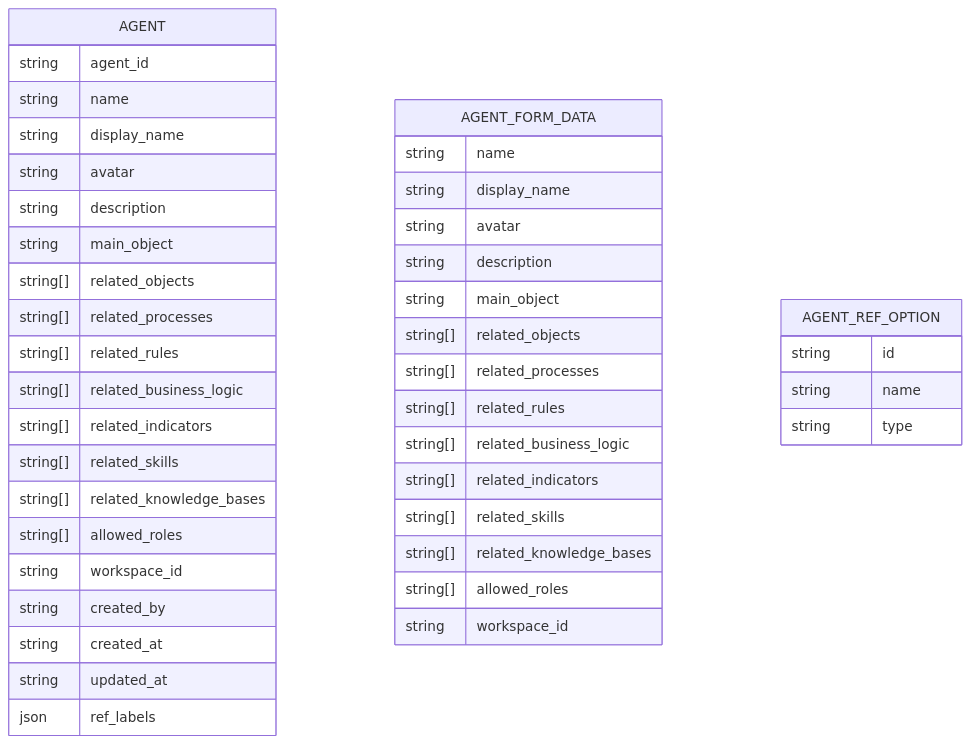
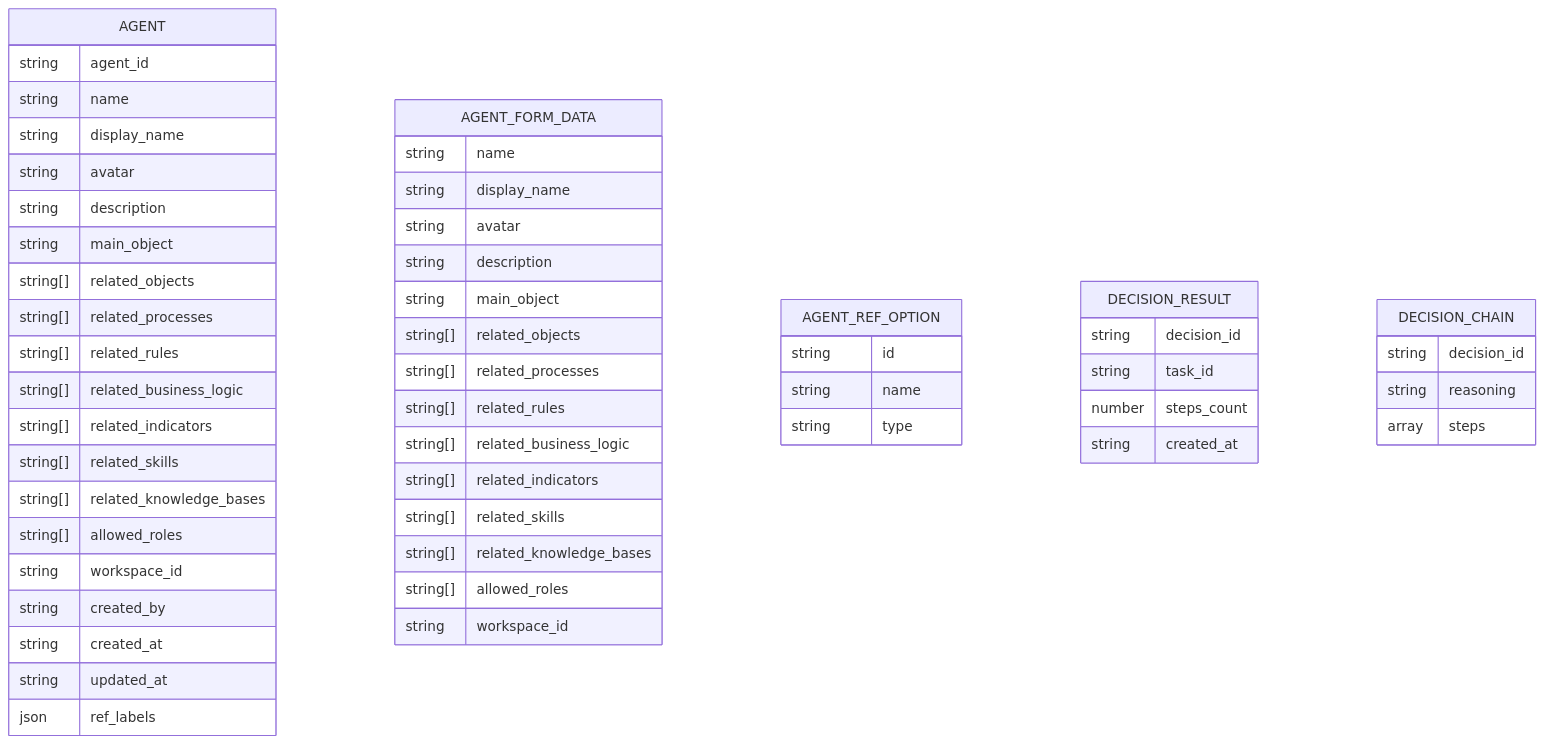
The eighth of 9 diagrams in .qoder/repowiki/zh/content/前端架构/业务模块前端实现/Agent模块.md (inier/ontology-graphiti), drawn with Mermaid before and after one commit. The commit also changed other lines of this file and 64 other files, not shown here.

````diff
--- a/.qoder/repowiki/zh/content/前端架构/业务模块前端实现/Agent模块.md
+++ b/.qoder/repowiki/zh/content/前端架构/业务模块前端实现/Agent模块.md
@@ -223,45 +312,56 @@
 ```mermaid
 erDiagram
 AGENT {
 string agent_id
 string name
 string display_name
 string avatar
 string description
 string main_object
 string[] related_objects
 string[] related_processes
 string[] related_rules
 string[] related_business_logic
 string[] related_indicators
 string[] related_skills
 string[] related_knowledge_bases
 string[] allowed_roles
 string workspace_id
 string created_by
 string created_at
 string updated_at
 json ref_labels
 }
 AGENT_FORM_DATA {
 string name
 string display_name
 string avatar
 string description
 string main_object
 string[] related_objects
 string[] related_processes
 string[] related_rules
 string[] related_business_logic
 string[] related_indicators
 string[] related_skills
 string[] related_knowledge_bases
 string[] allowed_roles
 string workspace_id
 }
 AGENT_REF_OPTION {
 string id
 string name
 string type
 }
+DECISION_RESULT {
+string decision_id
+string task_id
+number steps_count
+string created_at
+}
+DECISION_CHAIN {
+string decision_id
+string reasoning
+array steps
+}
 ```
````
